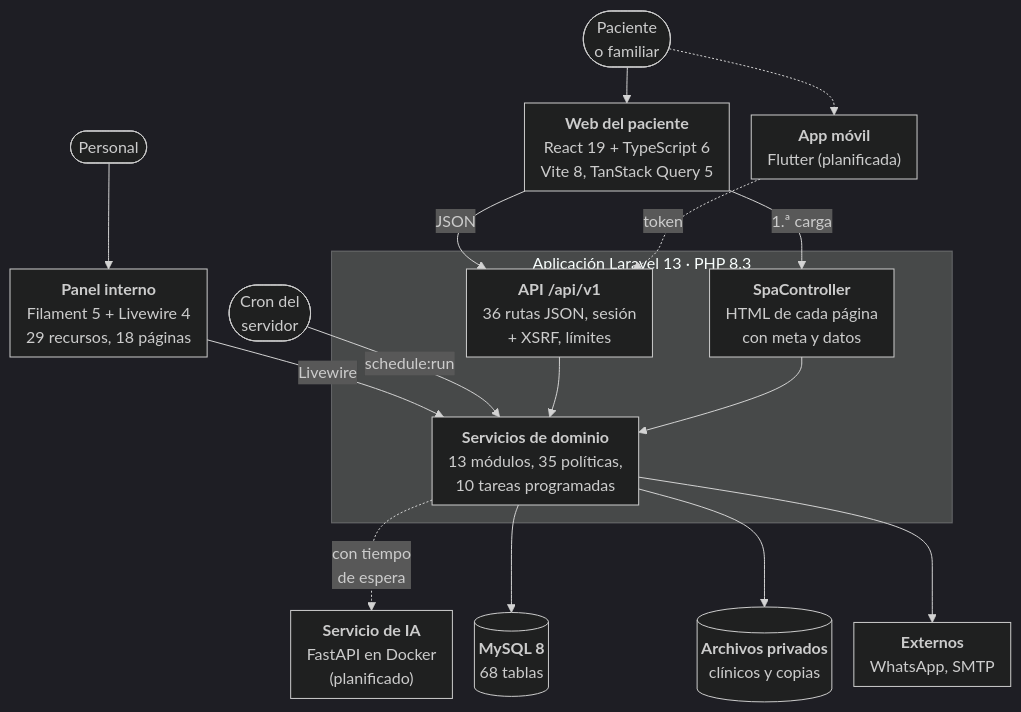
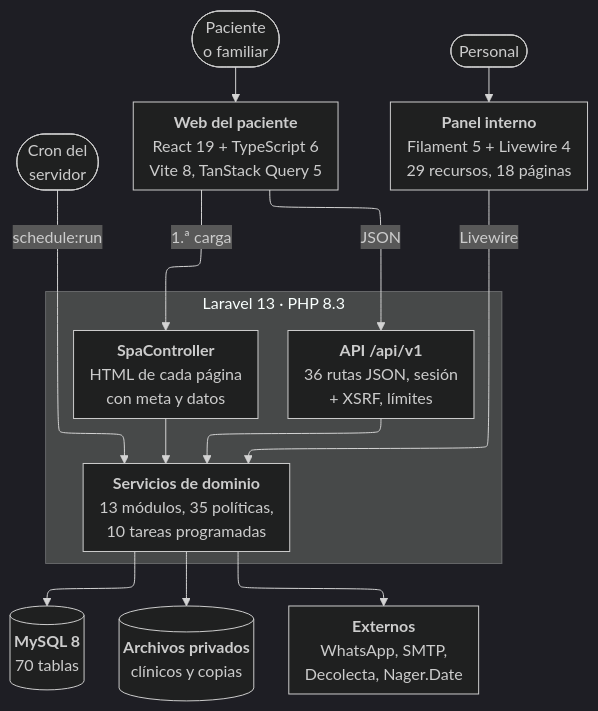
The fourth of 15 diagrams in docs/entregables/E1-requerimientos-y-diseno/E1-documento.md (francalizaya266-sudo/venga-implantes), drawn with Mermaid (dark theme) before and after one commit. The commit also changed other lines of this file and 19 other files, not shown here.

First line of the commit message:
docs(E1): sacar la app móvil y la IA del alcance y sumar lo que entró después

````diff
--- a/docs/entregables/E1-requerimientos-y-diseno/E1-documento.md
+++ b/docs/entregables/E1-requerimientos-y-diseno/E1-documento.md
@@ -407,33 +433,28 @@
 ```mermaid
-%%{init: {"flowchart": {"nodeSpacing": 22, "rankSpacing": 36, "padding": 8}}}%%
+%%{init: {"layout": "elk", "flowchart": {"nodeSpacing": 22, "rankSpacing": 36, "padding": 8}}}%%
 flowchart TB
   pac(["Paciente<br/>o familiar"])
   per(["Personal"])
   cron(["Cron del<br/>servidor"])
   spa["<b>Web del paciente</b><br/>React 19 + TypeScript 6<br/>Vite 8, TanStack Query 5"]
-  movil["<b>App móvil</b><br/>Flutter (planificada)"]
   pan["<b>Panel interno</b><br/>Filament 5 + Livewire 4<br/>29 recursos, 18 páginas"]
-  subgraph lar["Aplicación Laravel 13 · PHP 8.3"]
+  subgraph lar["Laravel 13 · PHP 8.3"]
     api["<b>API /api/v1</b><br/>36 rutas JSON, sesión<br/>+ XSRF, límites"]
     doc["<b>SpaController</b><br/>HTML de cada página<br/>con meta y datos"]
     srv["<b>Servicios de dominio</b><br/>13 módulos, 35 políticas,<br/>10 tareas programadas"]
   end
-  ia["<b>Servicio de IA</b><br/>FastAPI en Docker<br/>(planificado)"]
-  db[("<b>MySQL 8</b><br/>68 tablas")]
+  db[("<b>MySQL 8</b><br/>70 tablas")]
   fs[("<b>Archivos privados</b><br/>clínicos y copias")]
-  ext["<b>Externos</b><br/>WhatsApp, SMTP"]
+  ext["<b>Externos</b><br/>WhatsApp, SMTP,<br/>Decolecta, Nager.Date"]
   pac --> spa
-  pac -.-> movil
   per --> pan
   spa -- "JSON" --> api
   spa -- "1.ª carga" --> doc
-  movil -. "token" .-> api
   pan -- "Livewire" --> srv
   cron -- "schedule:run" --> srv
   api --> srv
   doc --> srv
-  srv -. "con tiempo<br/>de espera" .-> ia
   srv --> db
   srv --> fs
   srv --> ext
 ```
````
